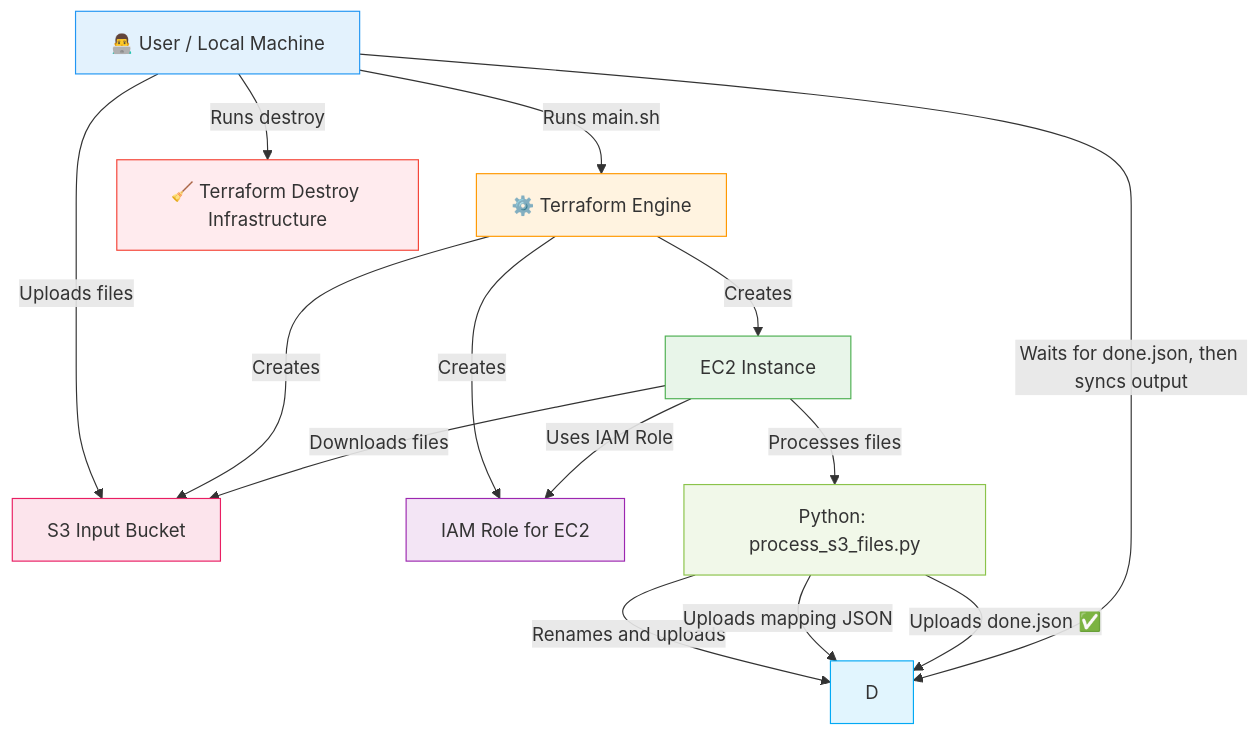
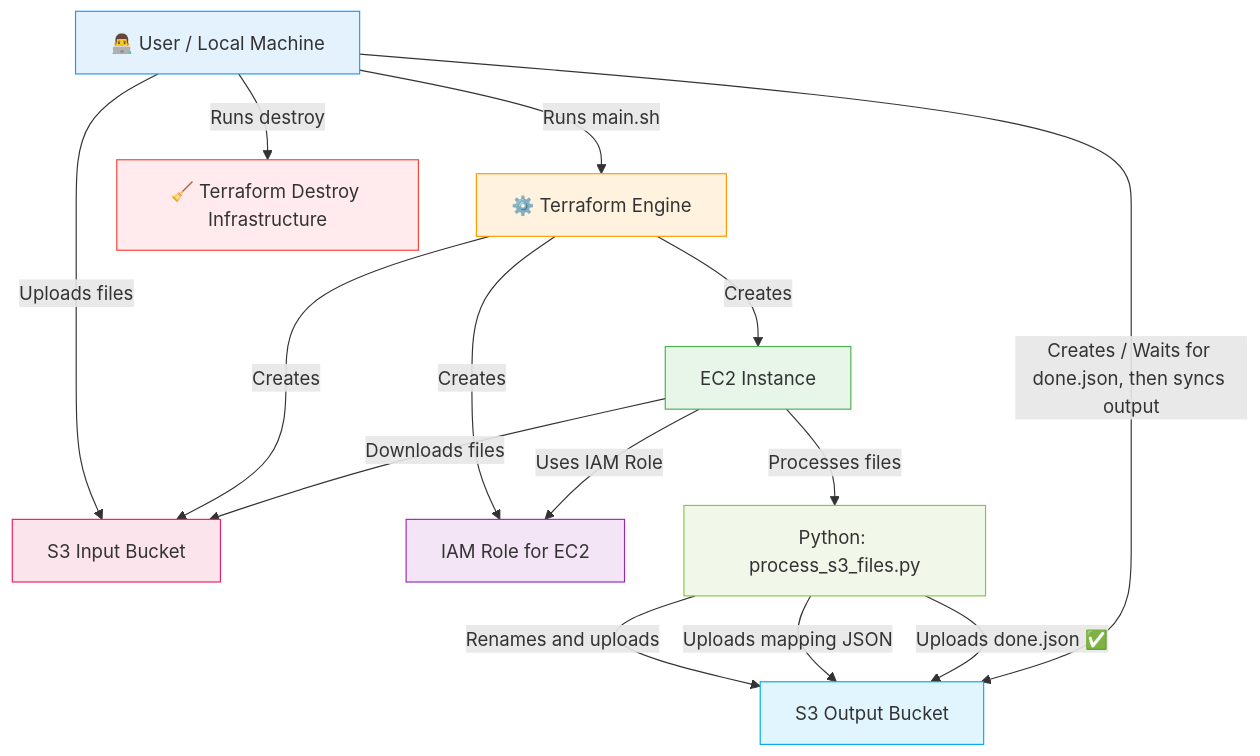
One commit to georgiosbirmpakos/terraform_aws_ml changed the diagram in README.md. Above: the diagram before and after it, drawn with Mermaid. The commit also changed other lines of this file, not shown here.

````diff
--- a/README.md
+++ b/README.md
@@ -71,29 +71,29 @@
 ```mermaid
 graph TD
 
   A[👨‍💻 User / Local Machine] -->|Runs main.sh| B[⚙️ Terraform Engine]
   A -->|Uploads files| C[S3 Input Bucket]
 
   B -->|Creates| C[S3 Input Bucket]
   B -->|Creates| E[EC2 Instance]
   B -->|Creates| F[IAM Role for EC2]
 
   E -->|Uses IAM Role| F
   E -->|Downloads files| C
   E -->|Processes files| G[Python: process_s3_files.py]
   G -->|Renames and uploads| D
   G -->|Uploads mapping JSON| D
   G -->|Uploads done.json ✅| D
-  A -->|Waits for done.json, then syncs output| D
+  A -->|Creates / Waits for done.json, then syncs output| D[S3 Output Bucket]
   A -->|Runs destroy| Z[🧹 Terraform Destroy Infrastructure]
 
 
   style A fill:#E3F2FD,stroke:#2196F3
   style B fill:#FFF3E0,stroke:#FF9800
   style E fill:#E8F5E9,stroke:#4CAF50
   style F fill:#F3E5F5,stroke:#9C27B0
   style C fill:#FCE4EC,stroke:#E91E63
   style D fill:#E1F5FE,stroke:#03A9F4
   style G fill:#F1F8E9,stroke:#8BC34A
   style Z fill:#FFEBEE,stroke:#F44336
 ```
````
